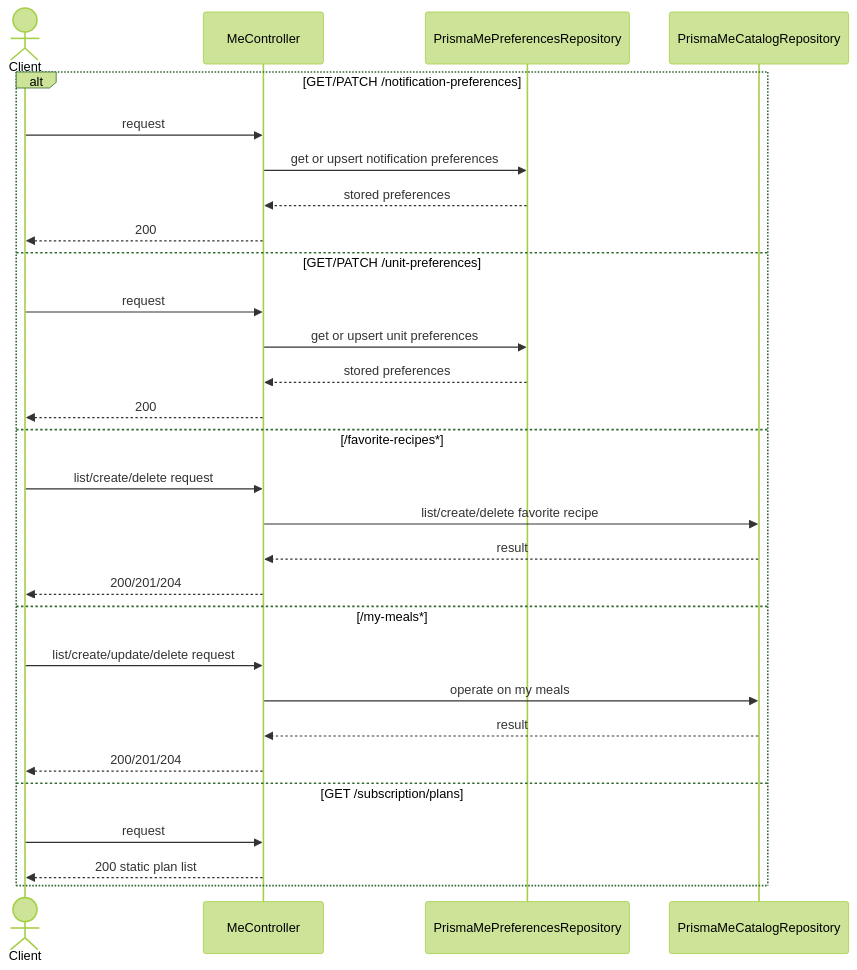
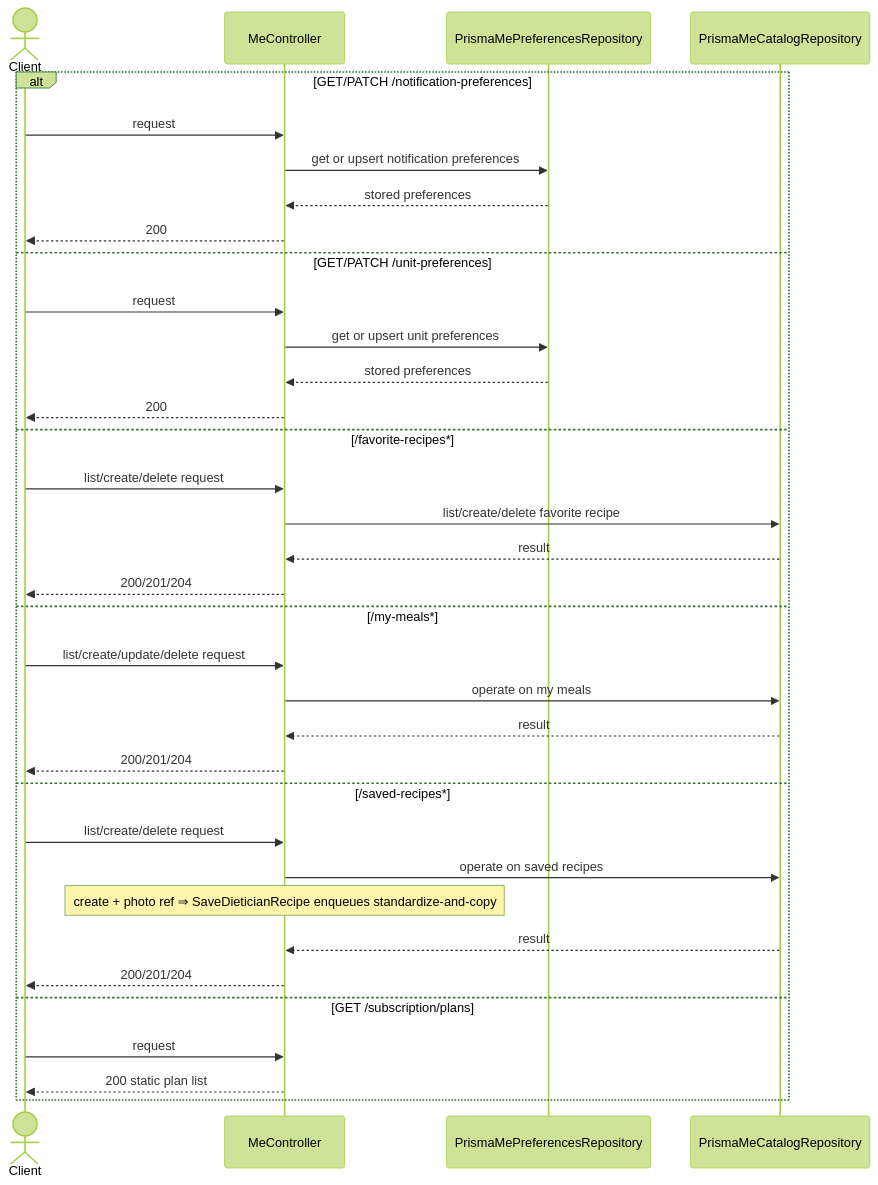
The second of 2 diagrams in src/modules/me/me-doc.md (yusufhoglu/betterEatBetter-server), drawn with Mermaid (forest theme) before and after one commit. The commit also changed other lines of this file and 33 other files, not shown here.

Commit message:
feat(me): add saved recipes functionality with CRUD operations

````diff
--- a/src/modules/me/me-doc.md
+++ b/src/modules/me/me-doc.md
@@ -77,32 +80,38 @@
 ```mermaid
 sequenceDiagram
     actor Client
     participant Controller as MeController
     participant PrefRepo as PrismaMePreferencesRepository
     participant CatalogRepo as PrismaMeCatalogRepository
 
     alt GET/PATCH /notification-preferences
         Client->>Controller: request
         Controller->>PrefRepo: get or upsert notification preferences
         PrefRepo-->>Controller: stored preferences
         Controller-->>Client: 200
     else GET/PATCH /unit-preferences
         Client->>Controller: request
         Controller->>PrefRepo: get or upsert unit preferences
         PrefRepo-->>Controller: stored preferences
         Controller-->>Client: 200
     else /favorite-recipes*
         Client->>Controller: list/create/delete request
         Controller->>CatalogRepo: list/create/delete favorite recipe
         CatalogRepo-->>Controller: result
         Controller-->>Client: 200/201/204
     else /my-meals*
         Client->>Controller: list/create/update/delete request
         Controller->>CatalogRepo: operate on my meals
         CatalogRepo-->>Controller: result
         Controller-->>Client: 200/201/204
+    else /saved-recipes*
+        Client->>Controller: list/create/delete request
+        Controller->>CatalogRepo: operate on saved recipes
+        note over Controller: create + photo ref ⇒ SaveDieticianRecipe enqueues standardize-and-copy
+        CatalogRepo-->>Controller: result
+        Controller-->>Client: 200/201/204
     else GET /subscription/plans
         Client->>Controller: request
         Controller-->>Client: 200 static plan list
     end
 ```
````
